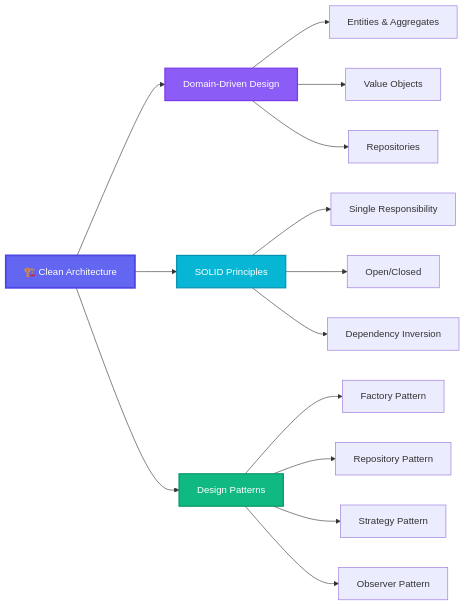
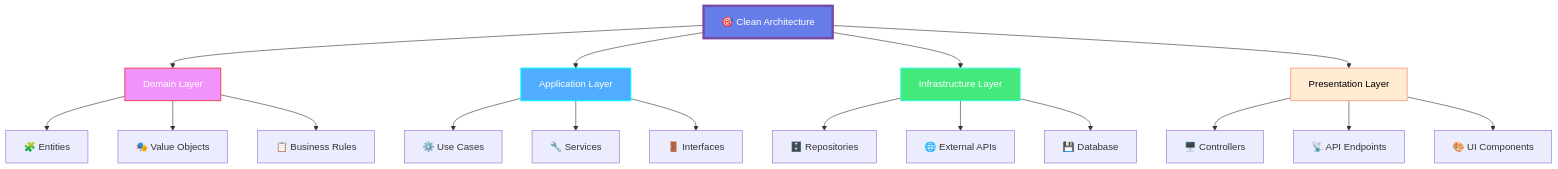
The third of 4 diagrams in README.md (firdavs244/firdavs244), drawn with Mermaid before and after one commit. The commit also changed other lines of this file, not shown here.

````diff
--- a/README.md
+++ b/README.md
@@ -136,24 +274,29 @@
 ```mermaid
-graph LR
-    A[🏗️ Clean Architecture] --> B[Domain-Driven Design]
-    A --> C[SOLID Principles]
-    A --> D[Design Patterns]
+graph TD
+    A[🎯 Clean Architecture] --> B[Domain Layer]
+    A --> C[Application Layer] 
+    A --> D[Infrastructure Layer]
+    A --> E[Presentation Layer]
     
-    B --> B1[Entities & Aggregates]
-    B --> B2[Value Objects]
-    B --> B3[Repositories]
+    B --> B1[🧩 Entities]
+    B --> B2[🎭 Value Objects]
+    B --> B3[📋 Business Rules]
     
-    C --> C1[Single Responsibility]
-    C --> C2[Open/Closed]
-    C --> C3[Dependency Inversion]
+    C --> C1[⚙️ Use Cases]
+    C --> C2[🔧 Services]
+    C --> C3[🚪 Interfaces]
     
-    D --> D1[Factory Pattern]
-    D --> D2[Repository Pattern]
-    D --> D3[Strategy Pattern]
-    D --> D4[Observer Pattern]
+    D --> D1[🗄️ Repositories]
+    D --> D2[🌐 External APIs]
+    D --> D3[💾 Database]
     
-    style A fill:#6366f1,stroke:#4f46e5,stroke-width:3px,color:#fff
-    style B fill:#8b5cf6,stroke:#7c3aed,stroke-width:2px,color:#fff
-    style C fill:#06b6d4,stroke:#0891b2,stroke-width:2px,color:#fff
-    style D fill:#10b981,stroke:#059669,stroke-width:2px,color:#fff
+    E --> E1[🖥️ Controllers]
+    E --> E2[📡 API Endpoints]
+    E --> E3[🎨 UI Components]
+    
+    style A fill:#667eea,stroke:#764ba2,stroke-width:4px,color:#fff
+    style B fill:#f093fb,stroke:#f5576c,stroke-width:2px,color:#fff
+    style C fill:#4facfe,stroke:#00f2fe,stroke-width:2px,color:#fff
+    style D fill:#43e97b,stroke:#38f9d7,stroke-width:2px,color:#fff
+    style E fill:#ffecd2,stroke:#fcb69f,stroke-width:2px,color:#000
 ```
````
